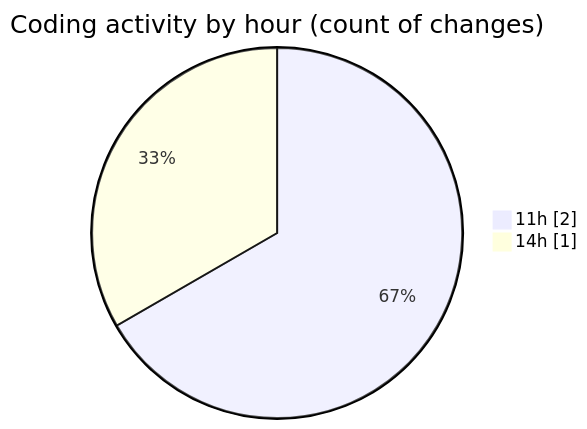
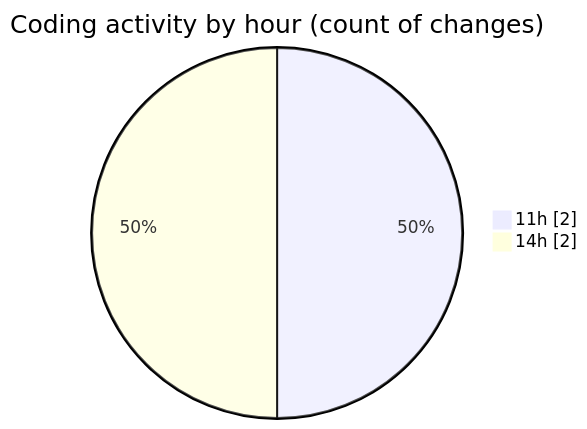
Before and after one commit to Ritupan-Deka/code-tracking: the second of 2 diagrams in 2025-07-17/urlwebwala_intership_work/README.md, drawn with Mermaid. The commit also changed other lines of this file and 1 other file, not shown here.

````diff
--- a/2025-07-17/urlwebwala_intership_work/README.md
+++ b/2025-07-17/urlwebwala_intership_work/README.md
@@ -28,6 +28,6 @@
 ```mermaid
 pie showData
 title Coding activity by hour (count of changes)
 "11h" : 2
-"14h" : 1
+"14h" : 2
 ```
````
